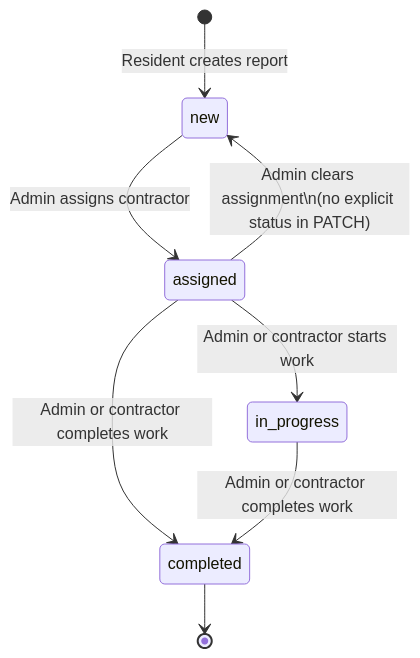
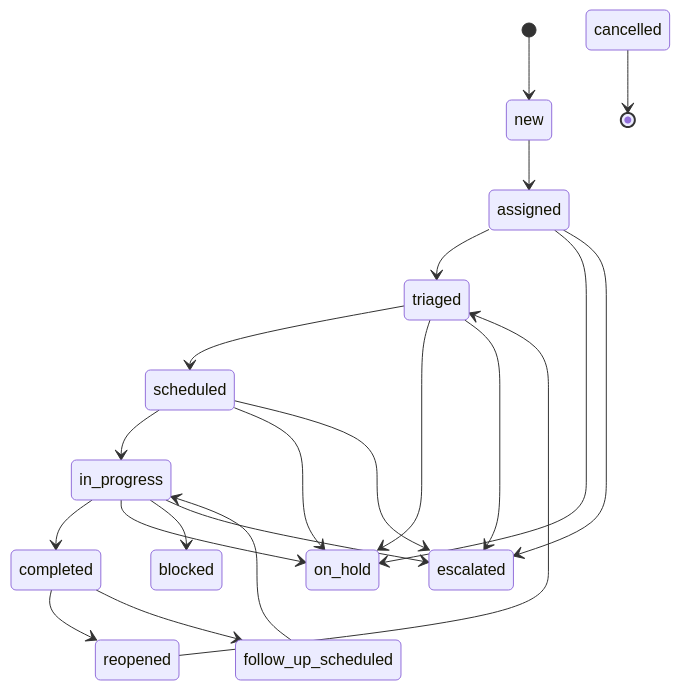
Before and after one commit to papa-halan/fixhub-v1_r: the second of 2 diagrams in README.md, drawn with Mermaid. The commit also changed other lines of this file and 38 other files, not shown here.

````diff
--- a/README.md
+++ b/README.md
@@ -216,11 +139,27 @@
 ```mermaid
 stateDiagram-v2
-    [*] --> new: Resident creates report
-    new --> assigned: Admin assigns contractor
-    assigned --> in_progress: Admin or contractor starts work
-    assigned --> completed: Admin or contractor completes work
-    in_progress --> completed: Admin or contractor completes work
-    completed --> [*]
+    [*] --> new
+    new --> assigned
+    assigned --> triaged
+    triaged --> scheduled
+    scheduled --> in_progress
+    in_progress --> completed
 
-    assigned --> new: Admin clears assignment\n(no explicit status in PATCH)
+    assigned --> on_hold
+    triaged --> on_hold
+    scheduled --> on_hold
+    in_progress --> on_hold
+    in_progress --> blocked
+
+    assigned --> escalated
+    triaged --> escalated
+    scheduled --> escalated
+    in_progress --> escalated
+
+    completed --> reopened
+    completed --> follow_up_scheduled
+    follow_up_scheduled --> in_progress
+    reopened --> triaged
+
+    cancelled --> [*]
 ```
````
